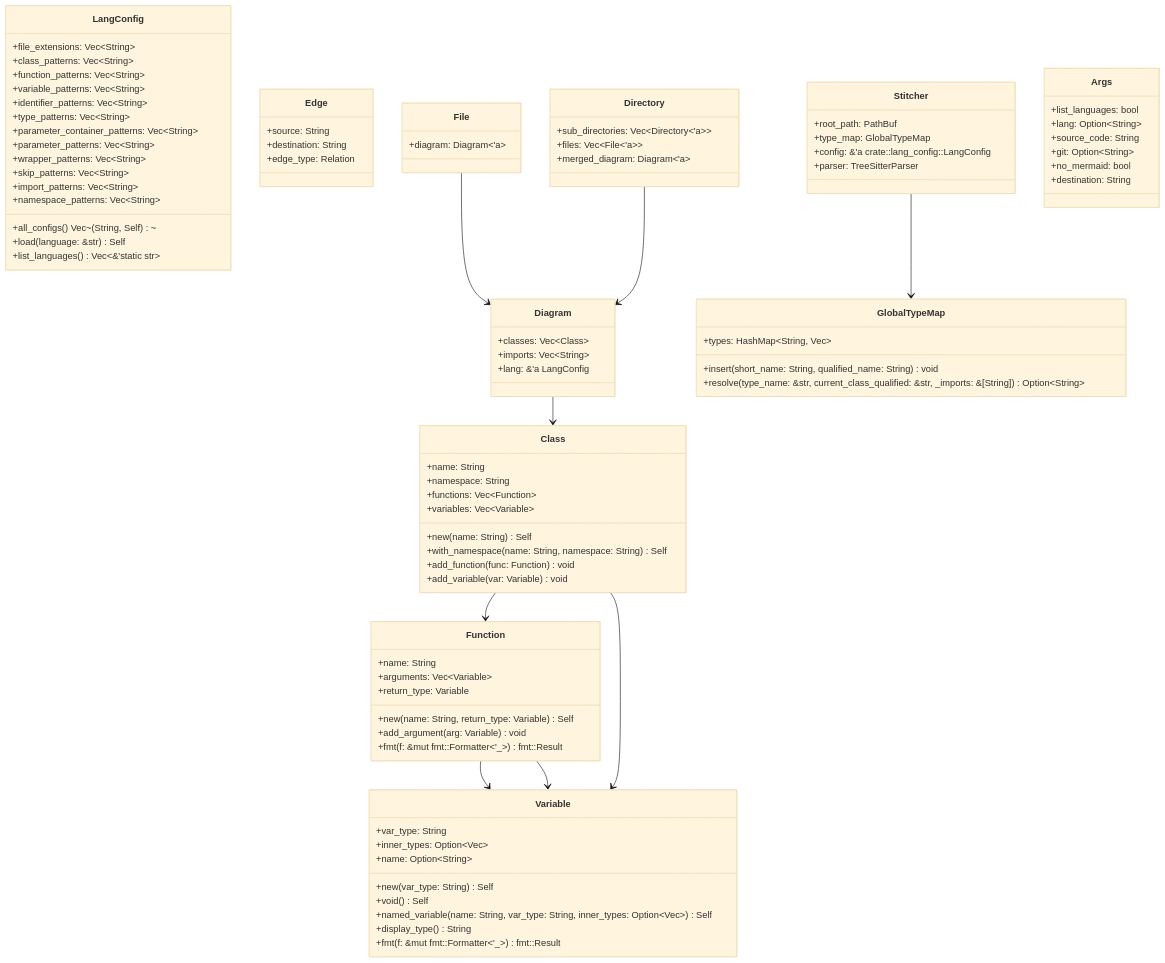
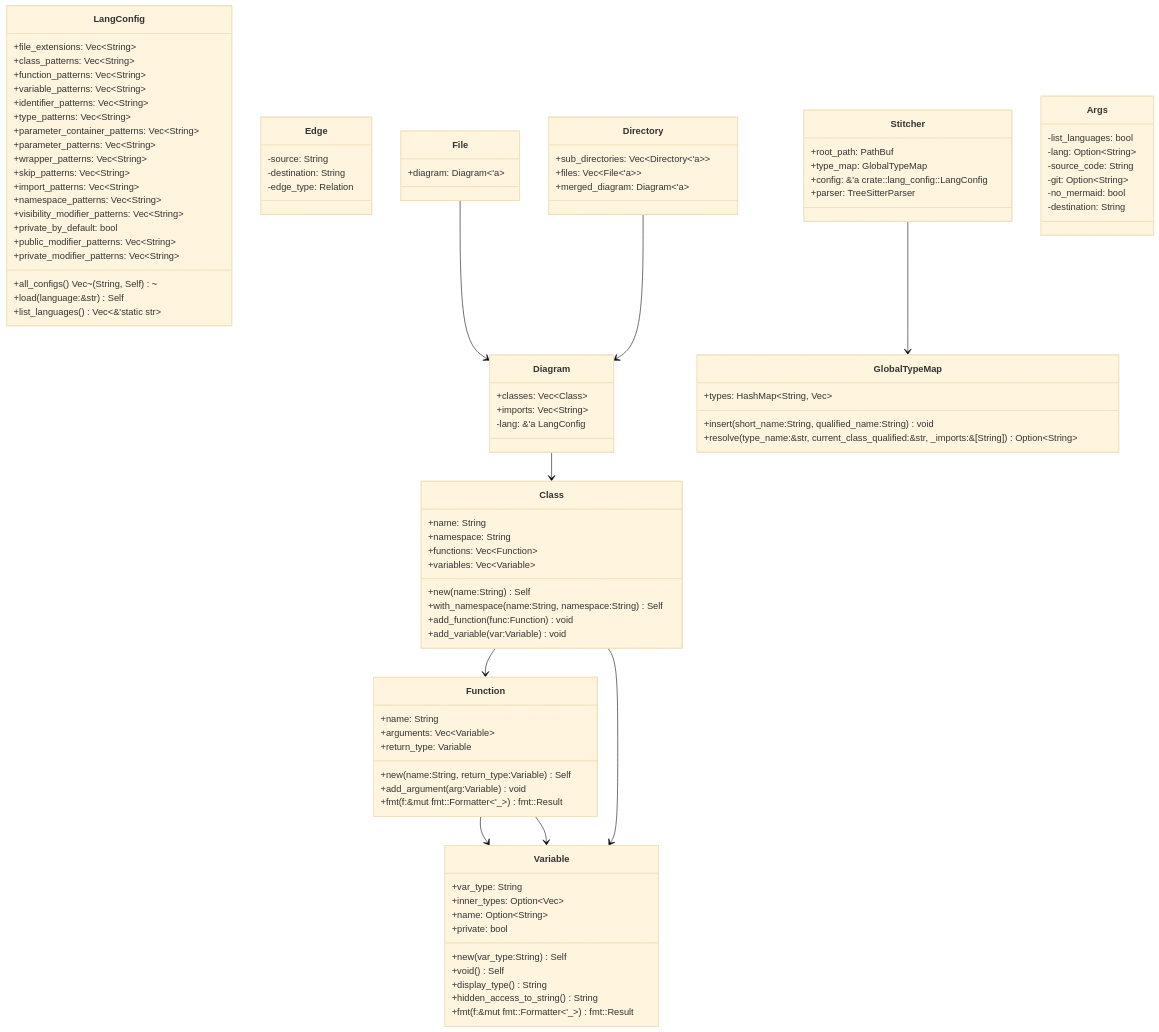
Before and after one commit to EthanDGee/Auto-UML: the diagram in UML.md, drawn with Mermaid (base theme).

Commit message:
docs: update UML diagram [skip ci]

````diff
--- a/UML.md
+++ b/UML.md
@@ -1,94 +1,99 @@
 ```mermaid
 classDiagram
-	class LangConfig {
-		+file_extensions: Vec~String~
-		+class_patterns: Vec~String~
-		+function_patterns: Vec~String~
-		+variable_patterns: Vec~String~
-		+identifier_patterns: Vec~String~
-		+type_patterns: Vec~String~
-		+parameter_container_patterns: Vec~String~
-		+parameter_patterns: Vec~String~
-		+wrapper_patterns: Vec~String~
-		+skip_patterns: Vec~String~
-		+import_patterns: Vec~String~
-		+namespace_patterns: Vec~String~
-		+all_configs() Vec~(String, Self)~
-		+load(language: &str) Self
-		+list_languages() Vec~&'static str~
-	}
-	class Edge {
-		+source: String
-		+destination: String
-		+edge_type: Relation
-	}
-	class Variable {
-		+var_type: String
-		+inner_types: Option~Vec<String>~
-		+name: Option~String~
-		+new(var_type: String) Self
-		+void() Self
-		+named_variable(name: String, var_type: String, inner_types: Option~Vec<String>~) Self
-		+display_type() String
-		+fmt(f: &mut fmt::Formatter~'_~) fmt::Result
-	}
-	class Function {
-		+name: String
-		+arguments: Vec~Variable~
-		+return_type: Variable
-		+new(name: String, return_type: Variable) Self
-		+add_argument(arg: Variable) void
-		+fmt(f: &mut fmt::Formatter~'_~) fmt::Result
-	}
-	class Class {
-		+name: String
-		+namespace: String
-		+functions: Vec~Function~
-		+variables: Vec~Variable~
-		+new(name: String) Self
-		+with_namespace(name: String, namespace: String) Self
-		+add_function(func: Function) void
-		+add_variable(var: Variable) void
-	}
-	class Diagram {
-		+classes: Vec~Class~
-		+imports: Vec~String~
-		+lang: &'a LangConfig
-	}
-	class File {
-		+diagram: Diagram~'a~
-	}
-	class Directory {
-		+sub_directories: Vec~Directory<'a>~
-		+files: Vec~File<'a>~
-		+merged_diagram: Diagram~'a~
-	}
-	class GlobalTypeMap {
-		+types: HashMap~String, Vec<String>~
-		+insert(short_name: String, qualified_name: String) void
-		+resolve(type_name: &str, current_class_qualified: &str, _imports: &[String]) Option~String~
-	}
-	class Stitcher {
-		+root_path: PathBuf
-		+type_map: GlobalTypeMap
-		+config: &'a crate::lang_config::LangConfig
-		+parser: TreeSitterParser
-	}
-	class Args {
-		+list_languages: bool
-		+lang: Option~String~
-		+source_code: String
-		+git: Option~String~
-		+no_mermaid: bool
-		+destination: String
-	}
-	Function --> Variable
-	Function --> Variable
-	Class --> Function
-	Class --> Variable
-	Diagram --> Class
-	File --> Diagram
-	Directory --> Diagram
-	Stitcher --> GlobalTypeMap
+    class LangConfig {
+        +file_extensions: Vec~String~
+        +class_patterns: Vec~String~
+        +function_patterns: Vec~String~
+        +variable_patterns: Vec~String~
+        +identifier_patterns: Vec~String~
+        +type_patterns: Vec~String~
+        +parameter_container_patterns: Vec~String~
+        +parameter_patterns: Vec~String~
+        +wrapper_patterns: Vec~String~
+        +skip_patterns: Vec~String~
+        +import_patterns: Vec~String~
+        +namespace_patterns: Vec~String~
+        +visibility_modifier_patterns: Vec~String~
+        +private_by_default: bool
+        +public_modifier_patterns: Vec~String~
+        +private_modifier_patterns: Vec~String~
+        +all_configs() Vec~(String, Self)~
+        +load(language:&str) Self
+        +list_languages() Vec~&'static str~
+    }
+    class Edge {
+        -source: String
+        -destination: String
+        -edge_type: Relation
+    }
+    class Variable {
+        +var_type: String
+        +inner_types: Option~Vec<String>~
+        +name: Option~String~
+        +private: bool
+        +new(var_type:String) Self
+        +void() Self
+        +display_type() String
+        +hidden_access_to_string() String
+        +fmt(f:&mut fmt::Formatter~'_~) fmt::Result
+    }
+    class Function {
+        +name: String
+        +arguments: Vec~Variable~
+        +return_type: Variable
+        +new(name:String, return_type:Variable) Self
+        +add_argument(arg:Variable) void
+        +fmt(f:&mut fmt::Formatter~'_~) fmt::Result
+    }
+    class Class {
+        +name: String
+        +namespace: String
+        +functions: Vec~Function~
+        +variables: Vec~Variable~
+        +new(name:String) Self
+        +with_namespace(name:String, namespace:String) Self
+        +add_function(func:Function) void
+        +add_variable(var:Variable) void
+    }
+    class Diagram {
+        +classes: Vec~Class~
+        +imports: Vec~String~
+        -lang: &'a LangConfig
+    }
+    class File {
+        +diagram: Diagram~'a~
+    }
+    class Directory {
+        +sub_directories: Vec~Directory<'a>~
+        +files: Vec~File<'a>~
+        +merged_diagram: Diagram~'a~
+    }
+    class GlobalTypeMap {
+        +types: HashMap~String, Vec<String>~
+        +insert(short_name:String, qualified_name:String) void
+        +resolve(type_name:&str, current_class_qualified:&str, _imports:&[String]) Option~String~
+    }
+    class Stitcher {
+        +root_path: PathBuf
+        +type_map: GlobalTypeMap
+        +config: &'a crate::lang_config::LangConfig
+        +parser: TreeSitterParser
+    }
+    class Args {
+        -list_languages: bool
+        -lang: Option~String~
+        -source_code: String
+        -git: Option~String~
+        -no_mermaid: bool
+        -destination: String
+    }
+    Function --> Variable
+    Function --> Variable
+    Class --> Function
+    Class --> Variable
+    Diagram --> Class
+    File --> Diagram
+    Directory --> Diagram
+    Stitcher --> GlobalTypeMap
 
 ```
````
